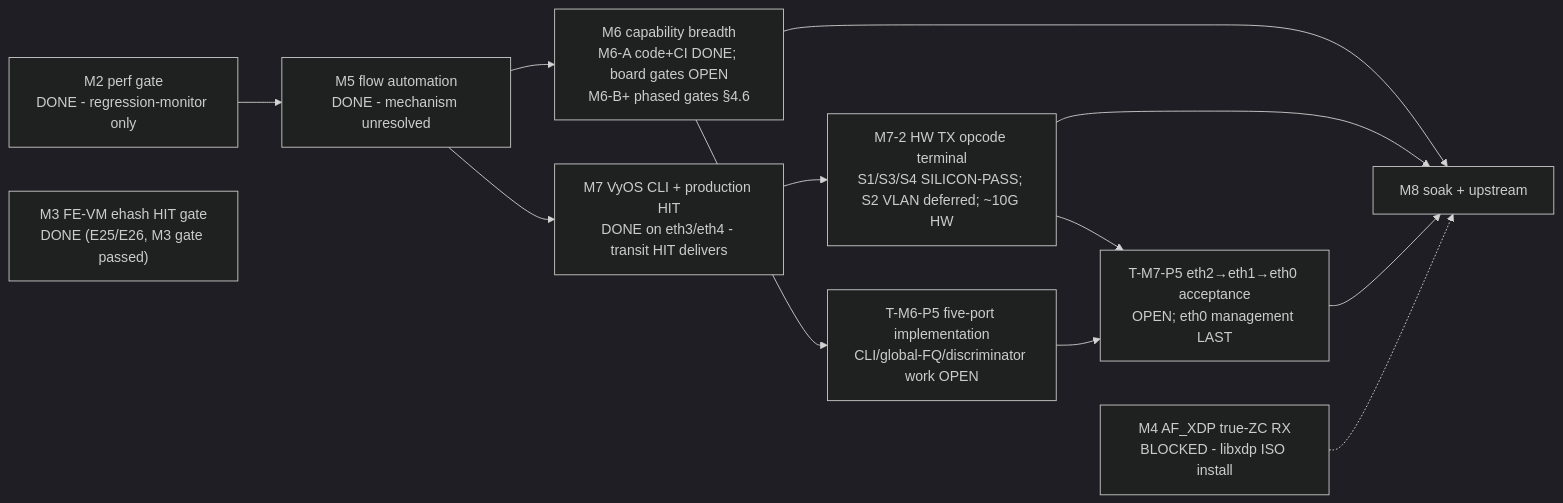
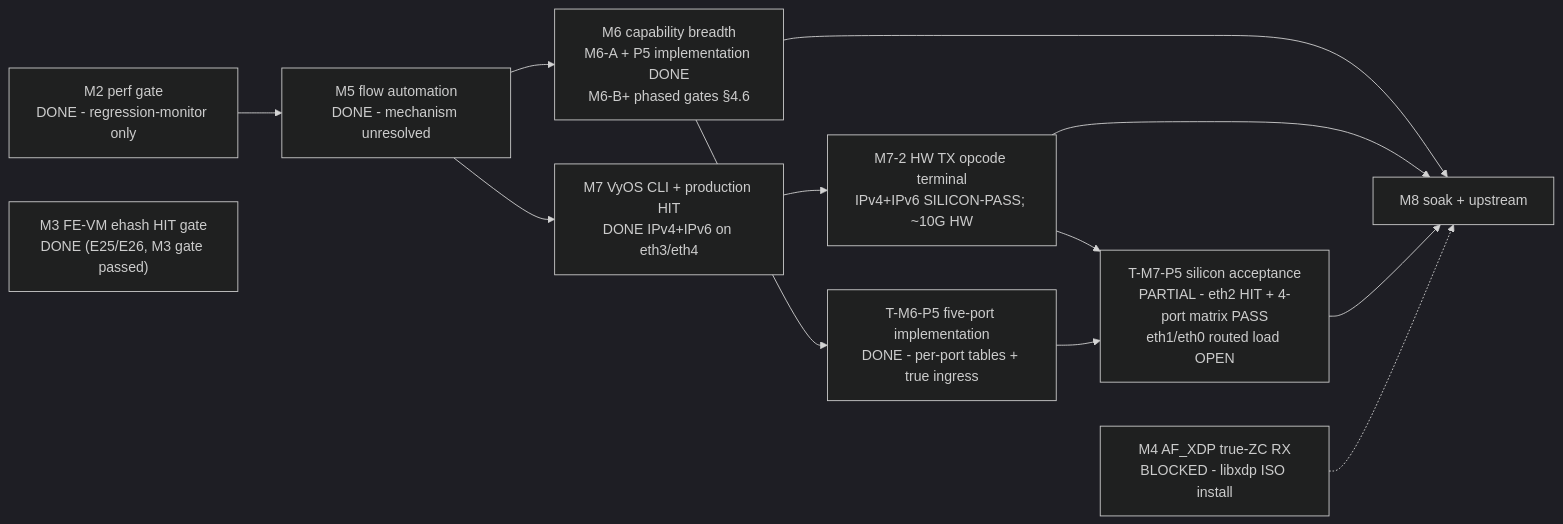
Before and after one commit to Daegara/vyos-ls1046a-build: the first of 2 diagrams in plans/ASK2-MASTER-PLAN.md, drawn with Mermaid (dark theme). The commit also changed other lines of this file and 1 other file, not shown here.

Commit message:
ask2: reconcile M8 and five-port milestones; fix ask-check family CLI

````diff
--- a/plans/ASK2-MASTER-PLAN.md
+++ b/plans/ASK2-MASTER-PLAN.md
@@ -335,15 +335,15 @@
 ```mermaid
 graph LR
     M2["M2 perf gate<br/>DONE - regression-monitor only"] --> M5["M5 flow automation<br/>DONE - mechanism unresolved"]
     M3["M3 FE-VM ehash HIT gate<br/>DONE (E25/E26, M3 gate passed)"]
-    M5 --> M6["M6 capability breadth<br/>M6-A code+CI DONE; board gates OPEN<br/>M6-B+ phased gates §4.6"]
-    M5 --> M7a["M7 VyOS CLI + production HIT<br/>DONE on eth3/eth4 - transit HIT delivers"]
-    M7a --> M7b["M7-2 HW TX opcode terminal<br/>S1/S3/S4 SILICON-PASS; S2 VLAN deferred; ~10G HW"]
-    M6 --> P5i["T-M6-P5 five-port implementation<br/>CLI/global-FQ/discriminator work OPEN"]
-    M7b --> P5v["T-M7-P5 eth2→eth1→eth0 acceptance<br/>OPEN; eth0 management LAST"]
+    M5 --> M6["M6 capability breadth<br/>M6-A + P5 implementation DONE<br/>M6-B+ phased gates §4.6"]
+    M5 --> M7a["M7 VyOS CLI + production HIT<br/>DONE IPv4+IPv6 on eth3/eth4"]
+    M7a --> M7b["M7-2 HW TX opcode terminal<br/>IPv4+IPv6 SILICON-PASS; ~10G HW"]
+    M6 --> P5i["T-M6-P5 five-port implementation<br/>DONE - per-port tables + true ingress"]
+    M7b --> P5v["T-M7-P5 silicon acceptance<br/>PARTIAL - eth2 HIT + 4-port matrix PASS<br/>eth1/eth0 routed load OPEN"]
     P5i --> P5v
     M6 --> M8["M8 soak + upstream"]
     M7b --> M8
     P5v --> M8
     M4["M4 AF_XDP true-ZC RX<br/>BLOCKED - libxdp ISO install"] -.-> M8
 ```
````
